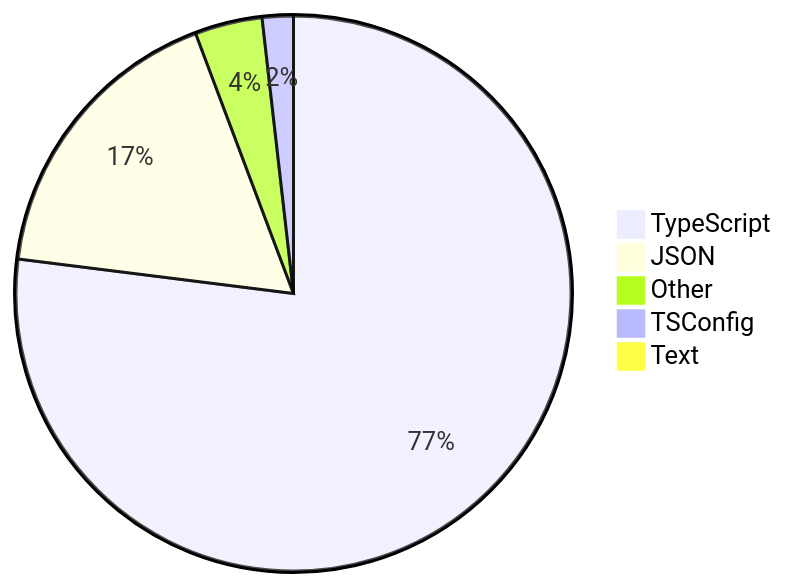
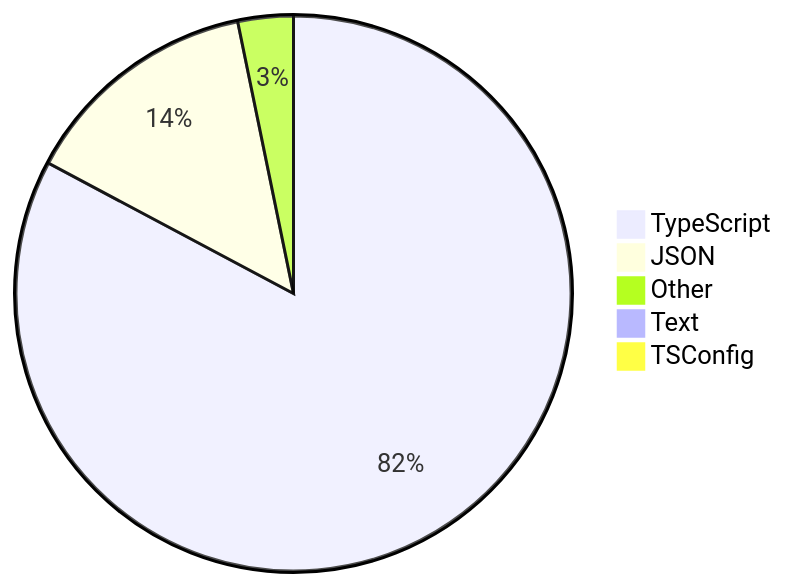
One commit to skvggor/skvggor changed the diagram in README.md. Above: the diagram before and after it, drawn with Mermaid.

Commit message:
Updated waka-readme graph with new metrics

````diff
--- a/README.md
+++ b/README.md
@@ -28,8 +28,8 @@
 ```mermaid
 pie
-    "TypeScript" : 76.6
-    "JSON" : 17.2
-    "Other" : 3.9
-    "TSConfig" : 1.8
-    "Text" : 0.5
+    "TypeScript" : 82.2
+    "JSON" : 13.9
+    "Other" : 3.2
+    "Text" : 0.4
+    "TSConfig" : 0.2
 ```
````
